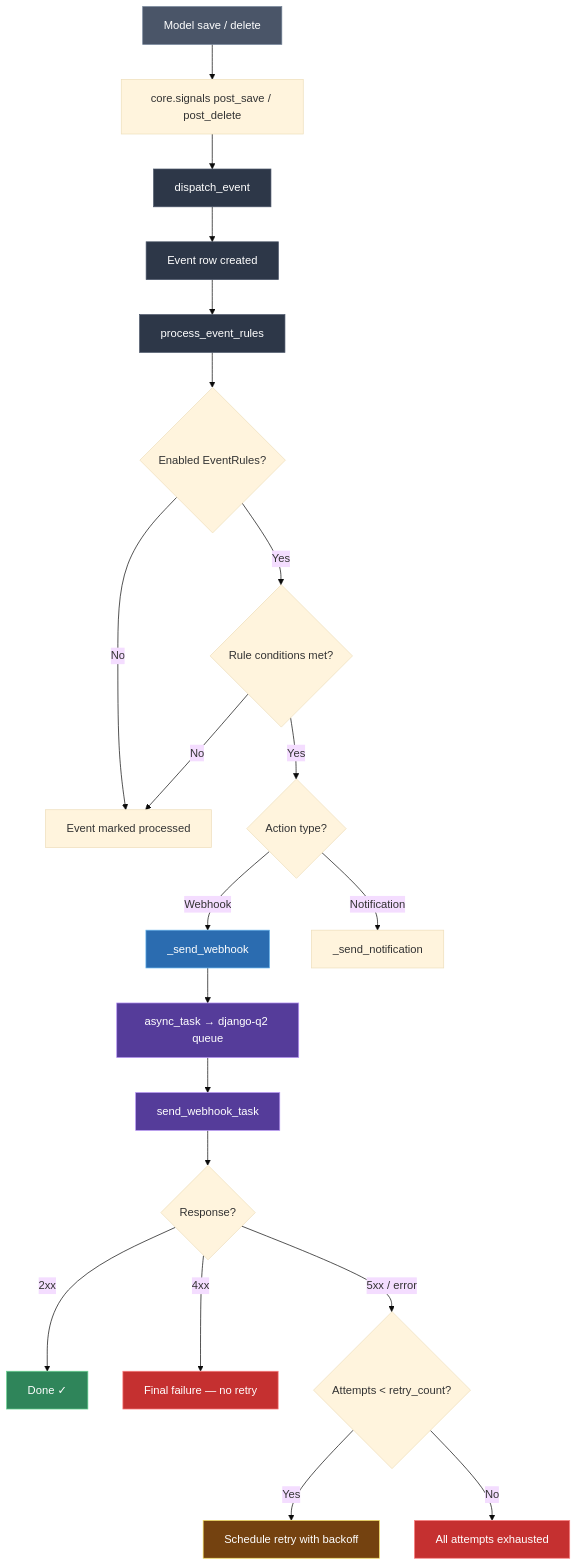
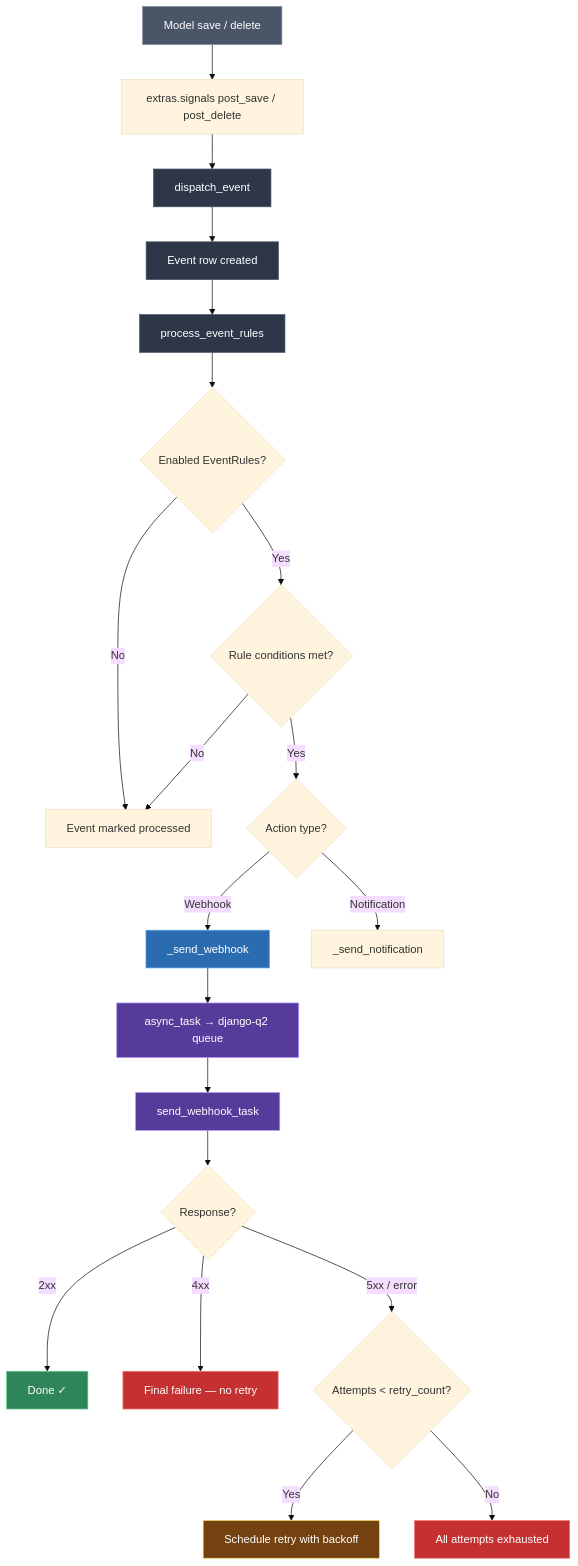
Before and after one commit to itambox/itambox-webapp: the diagram in itambox/docs/usage/webhooks-and-automation.md, drawn with Mermaid (base theme). The commit also changed other lines of this file, not shown here.

````diff
--- a/itambox/docs/usage/webhooks-and-automation.md
+++ b/itambox/docs/usage/webhooks-and-automation.md
@@ -18,34 +18,34 @@
 ```mermaid
 graph TD
-    A[Model save / delete] --> B[core.signals post_save / post_delete]
+    A[Model save / delete] --> B[extras.signals post_save / post_delete]
     B --> C[dispatch_event]
     C --> D[Event row created]
     D --> E[process_event_rules]
     E --> F{Enabled EventRules?}
     F -->|No| G[Event marked processed]
     F -->|Yes| H{Rule conditions met?}
     H -->|No| G
     H -->|Yes| I{Action type?}
     I -->|Webhook| J[_send_webhook]
     I -->|Notification| K[_send_notification]
     J --> L[async_task → django-q2 queue]
     L --> M[send_webhook_task]
     M --> N{Response?}
     N -->|2xx| O[Done ✓]
     N -->|4xx| P[Final failure — no retry]
     N -->|5xx / error| Q{Attempts < retry_count?}
     Q -->|Yes| R[Schedule retry with backoff]
     Q -->|No| S[All attempts exhausted]
 
     style A fill:#4a5568,stroke:#718096,color:#fff
     style C fill:#2d3748,stroke:#4a5568,color:#fff
     style D fill:#2d3748,stroke:#4a5568,color:#fff
     style E fill:#2d3748,stroke:#4a5568,color:#fff
     style J fill:#2b6cb0,stroke:#63b3ed,color:#fff
     style L fill:#553c9a,stroke:#b794f4,color:#fff
     style M fill:#553c9a,stroke:#b794f4,color:#fff
     style O fill:#2f855a,stroke:#68d391,color:#fff
     style P fill:#c53030,stroke:#fc8181,color:#fff
     style S fill:#c53030,stroke:#fc8181,color:#fff
     style R fill:#744210,stroke:#f6e05e,color:#fff
 ```
````
